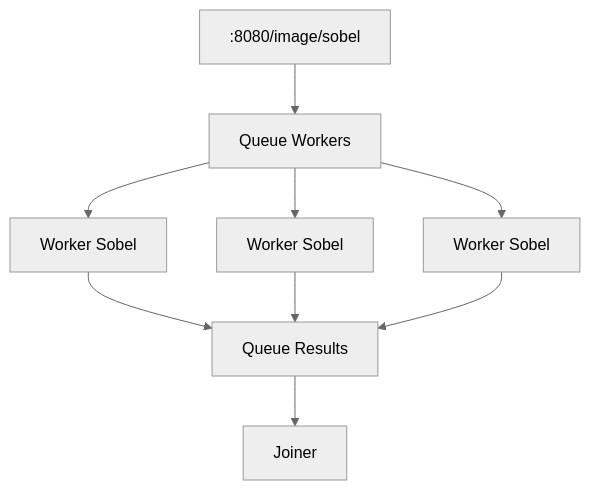
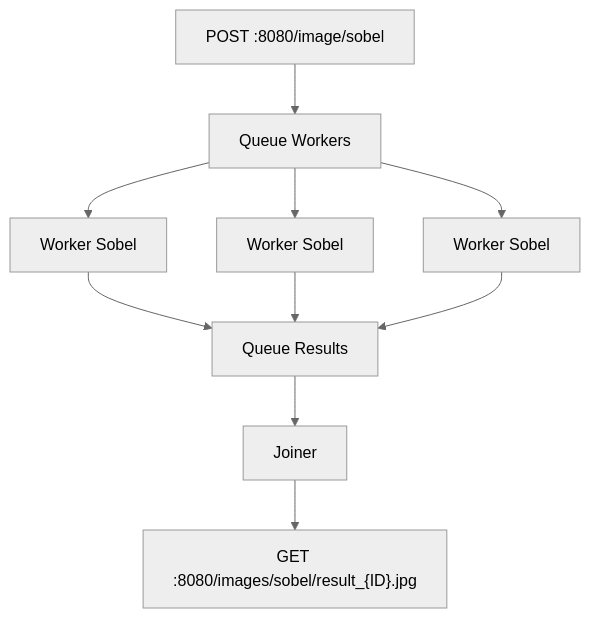
Before and after one commit to UlisesCasal/TP3-GrupoAmarillo-SIP2026: the diagram in hit1/etapa2/README.md, drawn with Mermaid (neutral theme).

Commit message:
Aclaración de tipo de endpoint

````diff
--- a/hit1/etapa2/README.md
+++ b/hit1/etapa2/README.md
@@ -17,17 +17,18 @@
 ```mermaid
 graph TD
-    Endpoint[" :8080/image/sobel"]
+    Endpoint["POST :8080/image/sobel"]
     Queue_workers["Queue Workers"]
     Queue_results["Queue Results"]
     Worker1["Worker Sobel"]
     Worker2["Worker Sobel"]
     Worker3["Worker Sobel"]
     Endpoint --> Queue_workers
     Queue_workers --> Worker1
     Queue_workers --> Worker2
     Queue_workers --> Worker3
     Worker1 --> Queue_results
     Worker2 --> Queue_results
     Worker3 --> Queue_results
     Queue_results --> Joiner["Joiner"]
+    Joiner --> Endpoint_result["GET :8080/images/sobel/result_{ID}.jpg"]
 ```
````
